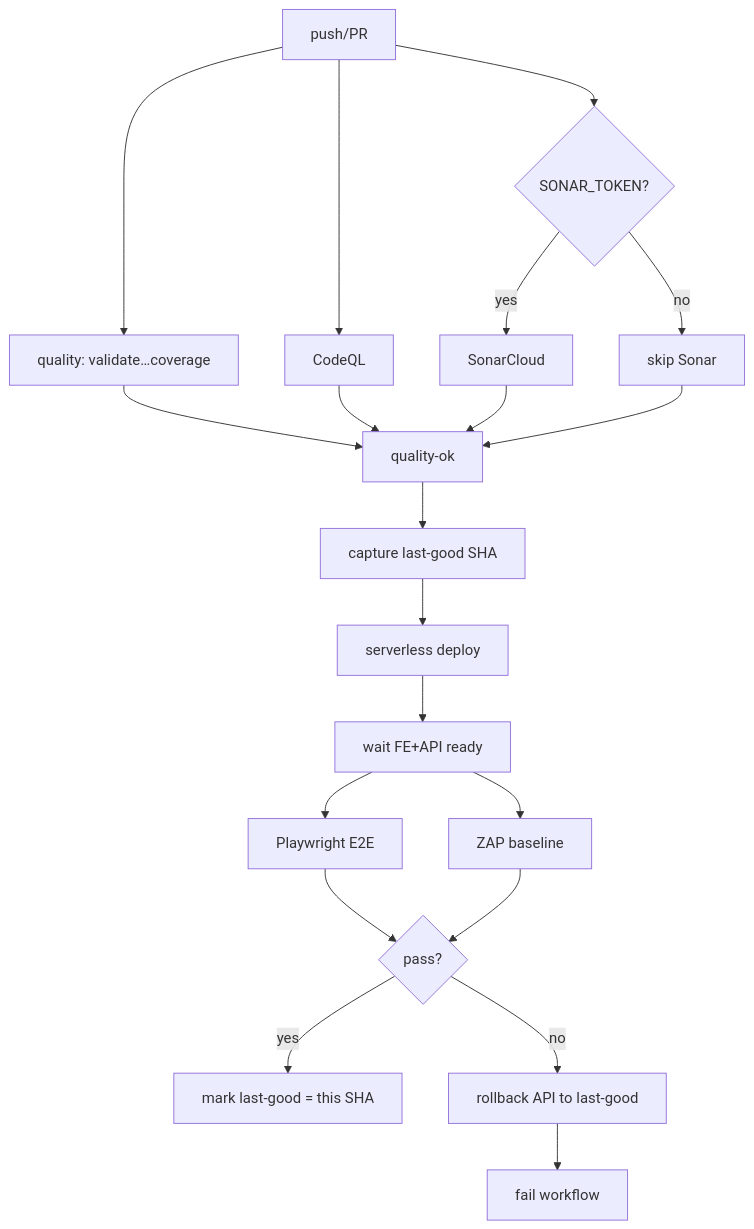
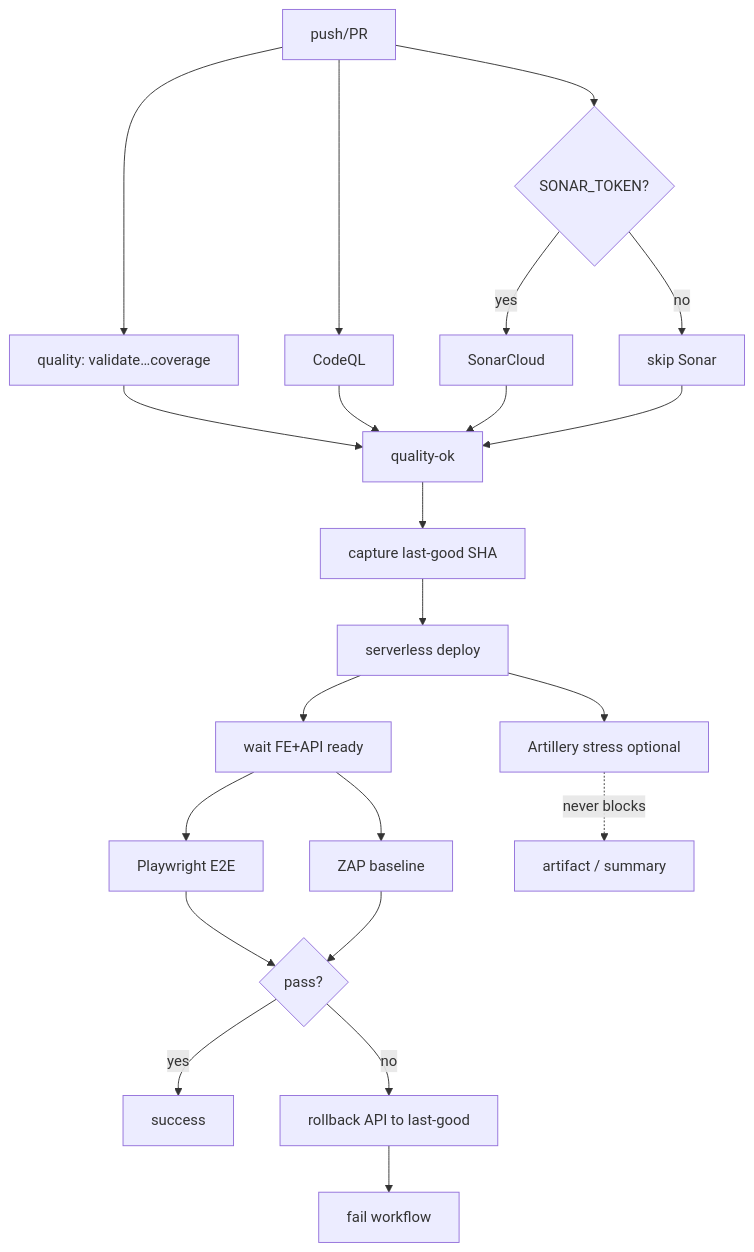
The diagram in specs/deploy-smoke-rollback/plan.md (DanielMat97/checkout-store-fullstack-test), drawn with Mermaid before and after one commit. The commit also changed other lines of this file and 16 other files, not shown here.

First line of the commit message:
Implement optional Artillery stress testing in CI/CD pipeline

````diff
--- a/specs/deploy-smoke-rollback/plan.md
+++ b/specs/deploy-smoke-rollback/plan.md
@@ -19,22 +20,24 @@
 ```mermaid
 flowchart TD
   PR[push/PR] --> Q[quality: validate…coverage]
   PR --> CQ[CodeQL]
   PR --> SC{SONAR_TOKEN?}
   SC -->|yes| Sonar[SonarCloud]
   SC -->|no| Skip[skip Sonar]
   Q --> Gate[quality-ok]
   CQ --> Gate
   Sonar --> Gate
   Skip --> Gate
   Gate --> Base[capture last-good SHA]
   Base --> Deploy[serverless deploy]
   Deploy --> Wait[wait FE+API ready]
   Wait --> PW[Playwright E2E]
   Wait --> ZAP[ZAP baseline]
+  Deploy --> Stress[Artillery stress optional]
+  Stress -.->|never blocks| Report[artifact / summary]
   PW --> OK{pass?}
   ZAP --> OK
-  OK -->|yes| Done[mark last-good = this SHA]
+  OK -->|yes| Done[success]
   OK -->|no| RB[rollback API to last-good]
   RB --> Fail[fail workflow]
 ```
````
